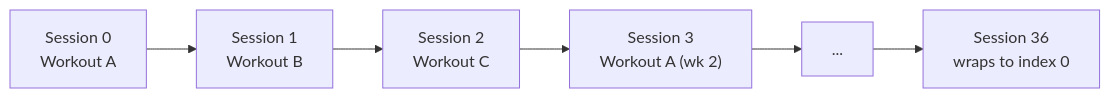
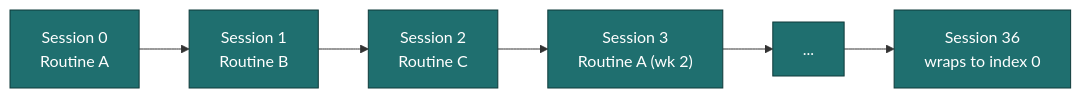
Before and after one commit to jermbo/CosmicWorkOut: the first of 2 diagrams in docs/implementation/program-progression.md, drawn with Mermaid. The commit also changed other lines of this file and 132 other files, not shown here.

````diff
--- a/docs/implementation/program-progression.md
+++ b/docs/implementation/program-progression.md
@@ -11,8 +11,11 @@
 ```mermaid
 flowchart LR
-    S0["Session 0<br/>Workout A"] --> S1["Session 1<br/>Workout B"]
-    S1 --> S2["Session 2<br/>Workout C"]
-    S2 --> S3["Session 3<br/>Workout A (wk 2)"]
+    S0["Session 0<br/>Routine A"] --> S1["Session 1<br/>Routine B"]
+    S1 --> S2["Session 2<br/>Routine C"]
+    S2 --> S3["Session 3<br/>Routine A (wk 2)"]
     S3 --> Sdot["..."]
     Sdot --> S36["Session 36<br/>wraps to index 0"]
+
+    classDef step fill:#1f6f6f,stroke:#0f3a3a,color:#ffffff;
+    class S0,S1,S2,S3,Sdot,S36 step;
 ```
````
